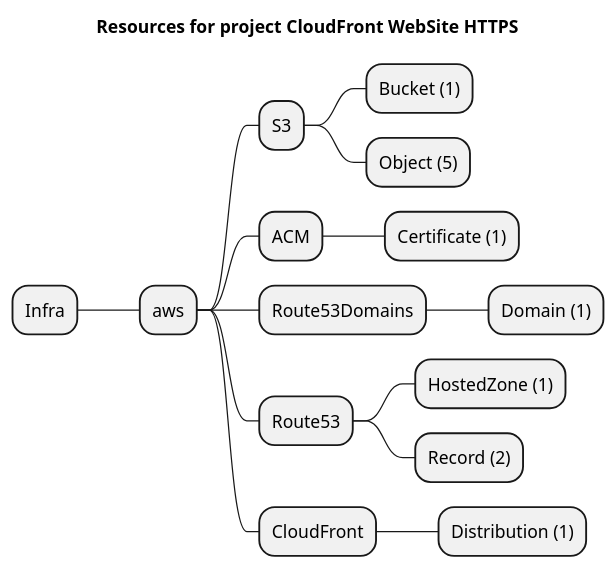
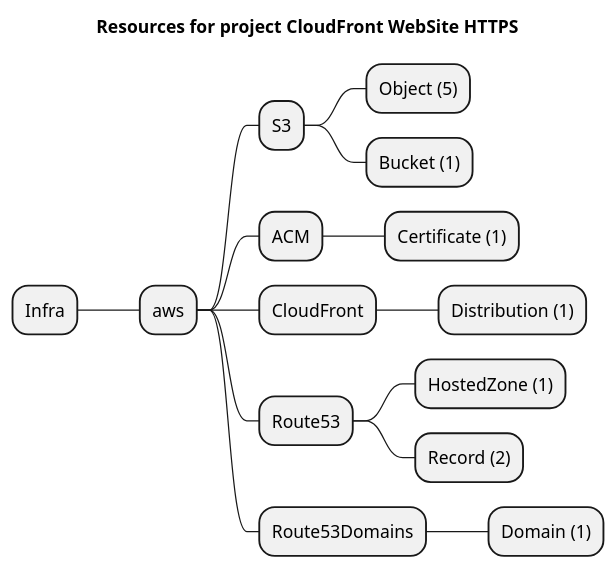
The diagram in examples/aws/website-https/artifacts/resources-mindmap.puml (grucloud/grucloud), drawn with PlantUML before and after one commit. The commit also changed other lines of this file and 5 other files, not shown here.

```diff
--- a/examples/aws/website-https/artifacts/resources-mindmap.puml
+++ b/examples/aws/website-https/artifacts/resources-mindmap.puml
@@ -1,18 +1,18 @@
 @startmindmap
 title Resources for project CloudFront WebSite HTTPS
 skinparam monochrome true
 + Infra
 ++ aws
 +++ S3
+++++ Object (5)
 ++++ Bucket (1)
-++++ Object (5)
 +++ ACM
 ++++ Certificate (1)
-+++ Route53Domains
-++++ Domain (1)
++++ CloudFront
+++++ Distribution (1)
 +++ Route53
 ++++ HostedZone (1)
 ++++ Record (2)
-+++ CloudFront
-++++ Distribution (1)
++++ Route53Domains
+++++ Domain (1)
 @endmindmap
```
